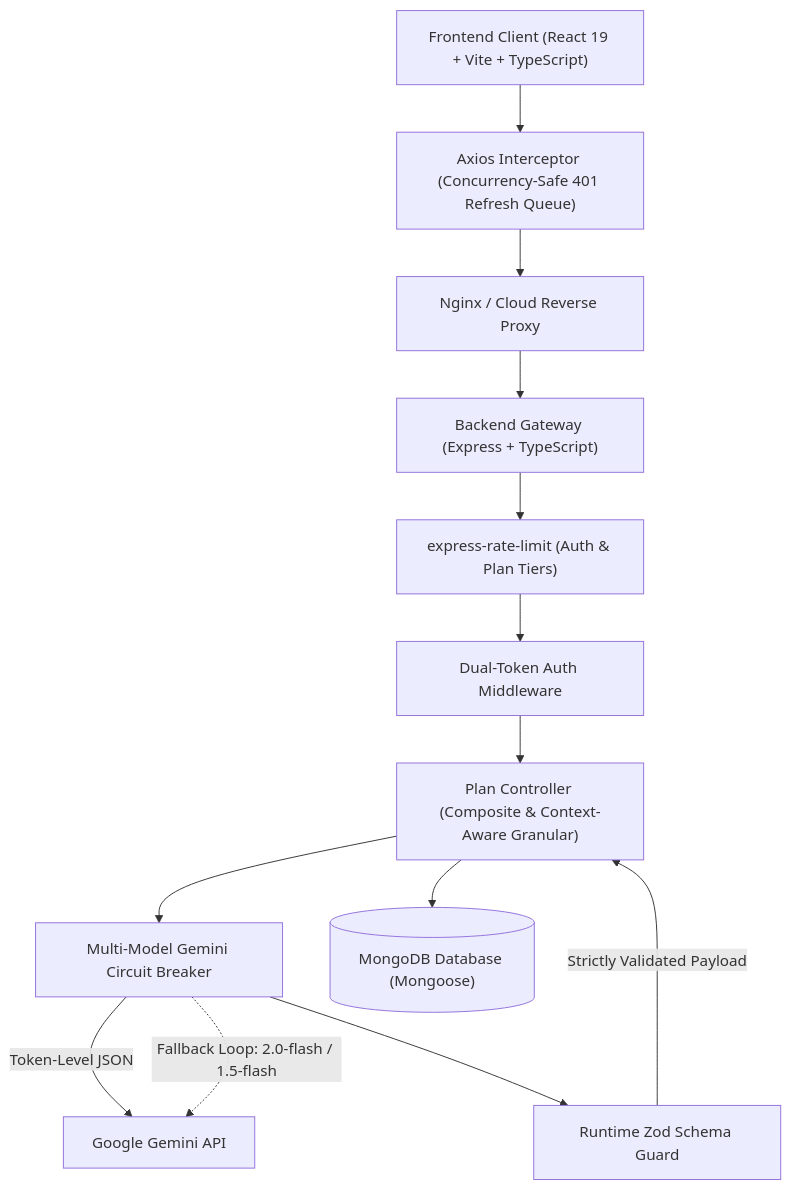
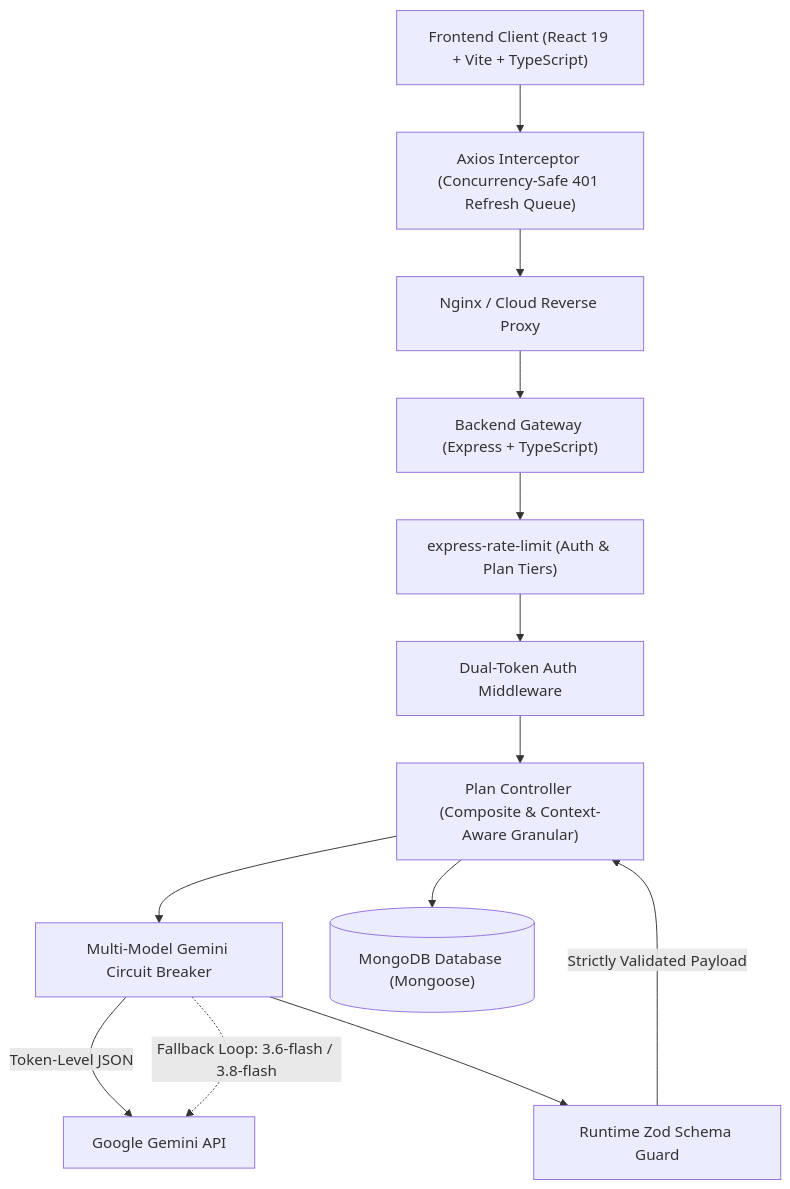
One commit to Vanshjaiswal-Dev/AI-product-manager changed the diagram in PROJECT_DOCUMENTATION.md. Above: the diagram before and after it, drawn with Mermaid. The commit also changed other lines of this file and 3 other files, not shown here.

````diff
--- a/PROJECT_DOCUMENTATION.md
+++ b/PROJECT_DOCUMENTATION.md
@@ -70,26 +70,26 @@
 ```mermaid
 graph TD
     Client["Frontend Client (React 19 + Vite + TypeScript)"]
     AxiosInt["Axios Interceptor (Concurrency-Safe 401 Refresh Queue)"]
     ReverseProxy["Nginx / Cloud Reverse Proxy"]
     Server["Backend Gateway (Express + TypeScript)"]
     RateLimiter["express-rate-limit (Auth & Plan Tiers)"]
     AuthMid["Dual-Token Auth Middleware"]
     PlanCtrl["Plan Controller (Composite & Context-Aware Granular)"]
     GeminiHelper["Multi-Model Gemini Circuit Breaker"]
     ZodGuard["Runtime Zod Schema Guard"]
     MongoDB[("MongoDB Database (Mongoose)")]
 
     Client --> AxiosInt
     AxiosInt --> ReverseProxy
     ReverseProxy --> Server
     Server --> RateLimiter
     RateLimiter --> AuthMid
     AuthMid --> PlanCtrl
     PlanCtrl --> GeminiHelper
     GeminiHelper -->|Token-Level JSON| GeminiAPI["Google Gemini API"]
-    GeminiHelper -.->|Fallback Loop: 2.0-flash / 1.5-flash| GeminiAPI
+    GeminiHelper -.->|Fallback Loop: 3.6-flash / 3.8-flash| GeminiAPI
     GeminiHelper --> ZodGuard
     ZodGuard -->|Strictly Validated Payload| PlanCtrl
     PlanCtrl --> MongoDB
 ```
````
